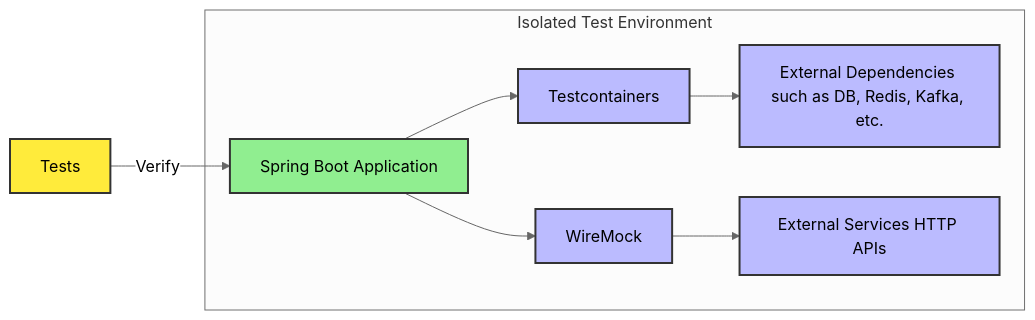
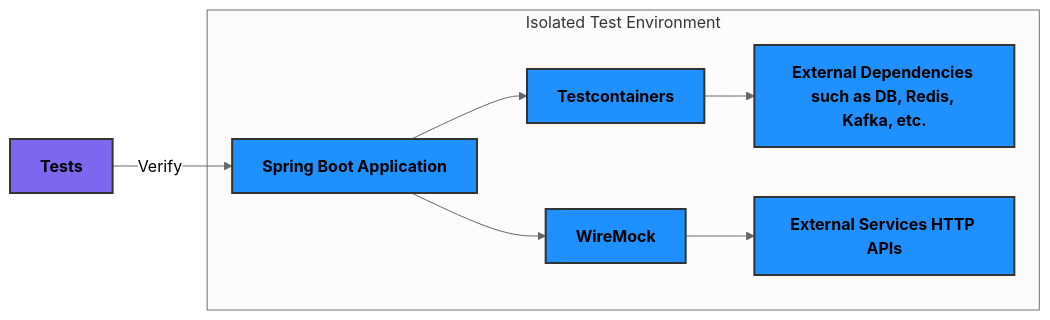
One commit to nramc/my-notes changed the fourth of 4 diagrams in docs/blog/articles/java/testing/shift-left-testing-with-springboot.md. Above: the diagram before and after it, drawn with Mermaid (neutral theme).

Commit message:
feat: Shift-Left testing with SpringBoot and Testcontainers

````diff
--- a/docs/blog/articles/java/testing/shift-left-testing-with-springboot.md
+++ b/docs/blog/articles/java/testing/shift-left-testing-with-springboot.md
@@ -230,17 +230,17 @@
 ```mermaid
 graph LR;
     subgraph "Isolated Test Environment"
         A[Spring Boot Application] --> B[Testcontainers]
         B --> C[External Dependencies such as DB, Redis, Kafka, etc.]
         A --> D[WireMock]
         D --> E[External Services HTTP APIs]
     end
     F[Tests] --> |Verify| A
 
-    style A fill:#90ee90,stroke:#333,stroke-width:2px  
-    style B fill:#bbf,stroke:#333,stroke-width:2px
-    style C fill:#bbf,stroke:#333,stroke-width:2px
-    style D fill:#bbf,stroke:#333,stroke-width:2px
-    style E fill:#bbf,stroke:#333,stroke-width:2px
-    style F fill:#ffeb3b,stroke:#333,stroke-width:2px
+    style A fill:#1E90FF,stroke:#333,stroke-width:2px,font-weight:bold
+    style B fill:#1E90FF,stroke:#333,stroke-width:2px,font-weight:bold
+    style C fill:#1E90FF,stroke:#333,stroke-width:2px,font-weight:bold
+    style D fill:#1E90FF,stroke:#333,stroke-width:2px,font-weight:bold
+    style E fill:#1E90FF,stroke:#333,stroke-width:2px,font-weight:bold
+    style F fill:#7B68EE,stroke:#333,stroke-width:2px,font-weight:bold
 ```
````
